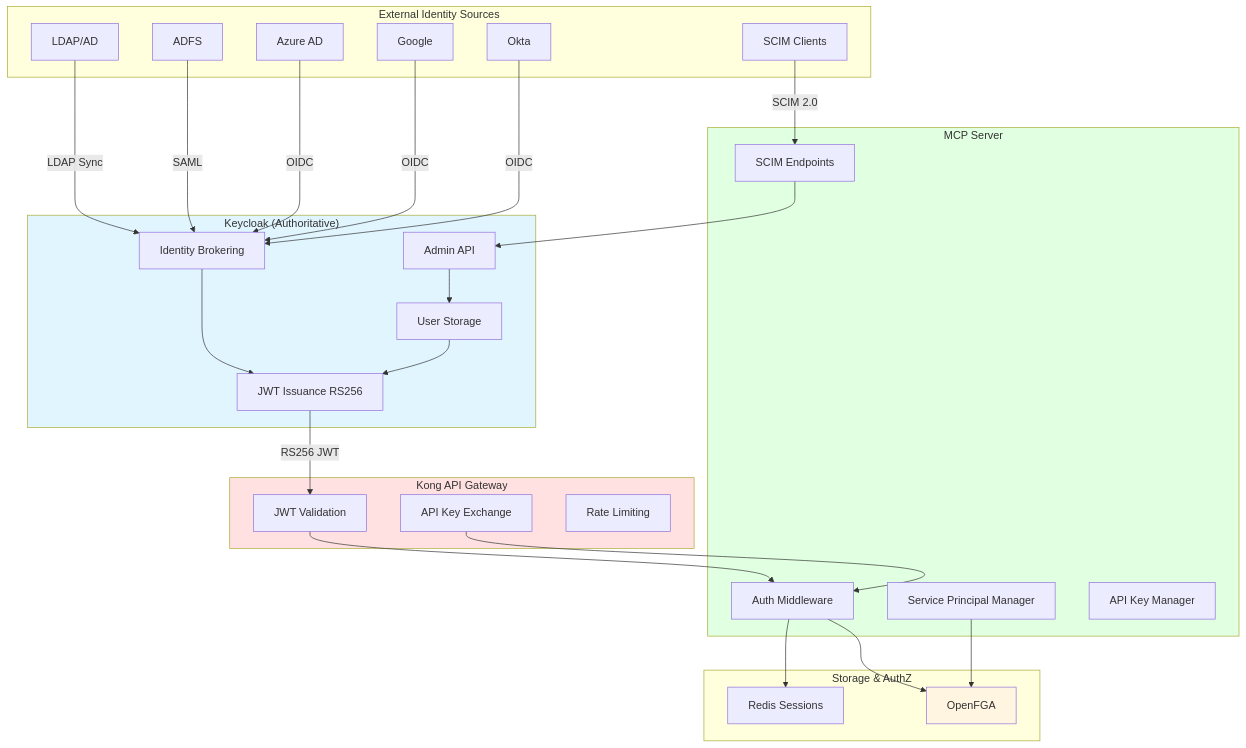
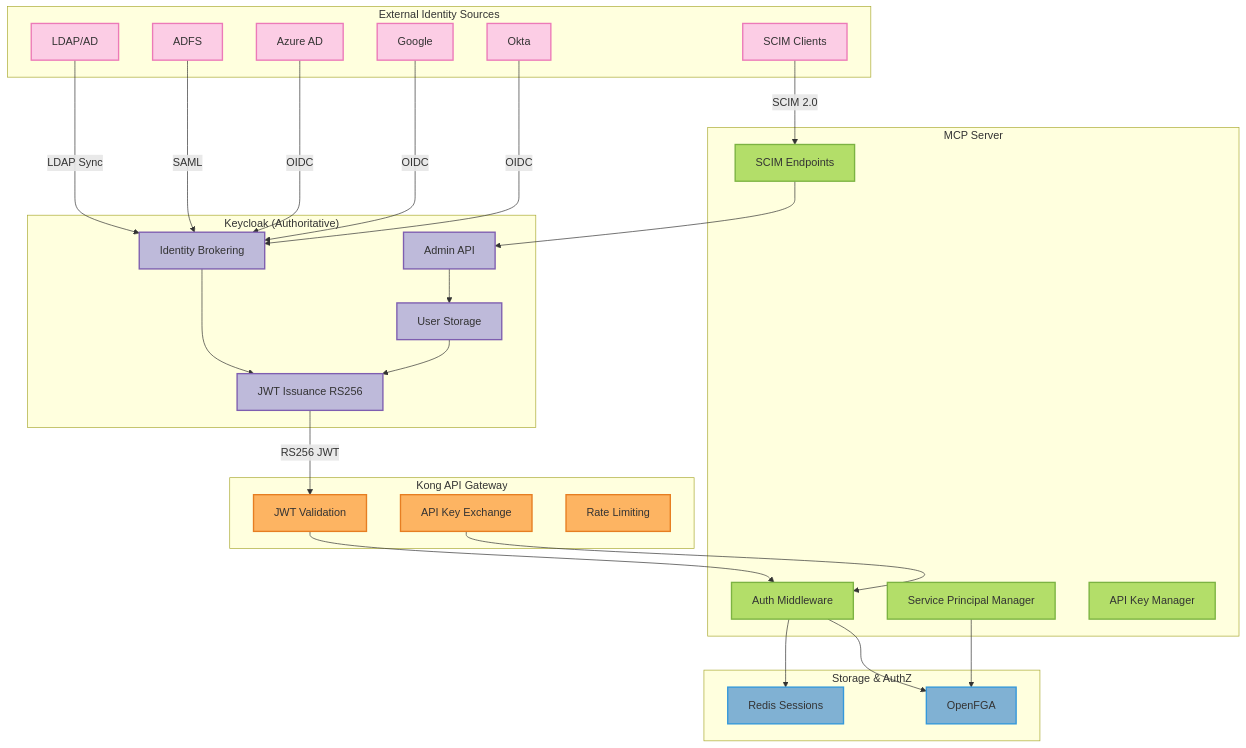
The diagram in docs/architecture/keycloak-jwt-architecture-overview.mdx (vishnu2kmohan/mcp-server-langgraph), drawn with Mermaid before and after one commit. The commit also changed 13 other files, not shown here.

First line of the commit message:
docs: apply ColorBrewer2 Set3 styling to all remaining diagrams and enforce standards

````diff
--- a/docs/architecture/keycloak-jwt-architecture-overview.mdx
+++ b/docs/architecture/keycloak-jwt-architecture-overview.mdx
@@ -25,61 +25,69 @@
 ```mermaid
 flowchart TB
     subgraph External["External Identity Sources"]
         LDAP[LDAP/AD]
         ADFS[ADFS]
         Azure[Azure AD]
         Google[Google]
         Okta[Okta]
         SCIM[SCIM Clients]
     end
 
     subgraph Keycloak["Keycloak (Authoritative)"]
         UserStorage[User Storage]
         Federation[Identity Brokering]
         JWTIssuer[JWT Issuance RS256]
         AdminAPI[Admin API]
     end
 
     subgraph Kong["Kong API Gateway"]
         JWTValidation[JWT Validation]
         APIKeyExchange[API Key Exchange]
         RateLimiting[Rate Limiting]
     end
 
     subgraph MCP["MCP Server"]
         AuthMiddleware[Auth Middleware]
         SPManager[Service Principal Manager]
         APIKeyManager[API Key Manager]
         SCIMEndpoints[SCIM Endpoints]
     end
 
     subgraph Storage["Storage & AuthZ"]
         OpenFGA[OpenFGA]
         Redis[Redis Sessions]
     end
 
     LDAP -->|LDAP Sync| Federation
     ADFS -->|SAML| Federation
     Azure -->|OIDC| Federation
     Google -->|OIDC| Federation
     Okta -->|OIDC| Federation
     SCIM -->|SCIM 2.0| SCIMEndpoints
 
     Federation --> JWTIssuer
     UserStorage --> JWTIssuer
     SCIMEndpoints --> AdminAPI
     AdminAPI --> UserStorage
 
     JWTIssuer -->|RS256 JWT| JWTValidation
     JWTValidation --> AuthMiddleware
     APIKeyExchange --> AuthMiddleware
 
     AuthMiddleware --> OpenFGA
     SPManager --> OpenFGA
     AuthMiddleware --> Redis
 
-    style Keycloak fill:#e1f5ff
-    style Kong fill:#ffe1e1
-    style MCP fill:#e1ffe1
-    style OpenFGA fill:#fff5e1
+    %% ColorBrewer2 Set3 palette - each component type uniquely colored
+    classDef externalStyle fill:#fccde5,stroke:#ec7ab8,stroke-width:2px,color:#333
+    classDef keycloakStyle fill:#bebada,stroke:#7e5eb0,stroke-width:2px,color:#333
+    classDef kongStyle fill:#fdb462,stroke:#e67e22,stroke-width:2px,color:#333
+    classDef mcpStyle fill:#b3de69,stroke:#7cb342,stroke-width:2px,color:#333
+    classDef storageStyle fill:#80b1d3,stroke:#3498db,stroke-width:2px,color:#333
+
+    class LDAP,ADFS,Azure,Google,Okta,SCIM externalStyle
+    class UserStorage,Federation,JWTIssuer,AdminAPI keycloakStyle
+    class JWTValidation,APIKeyExchange,RateLimiting kongStyle
+    class AuthMiddleware,SPManager,APIKeyManager,SCIMEndpoints mcpStyle
+    class OpenFGA,Redis storageStyle
 ```
````
